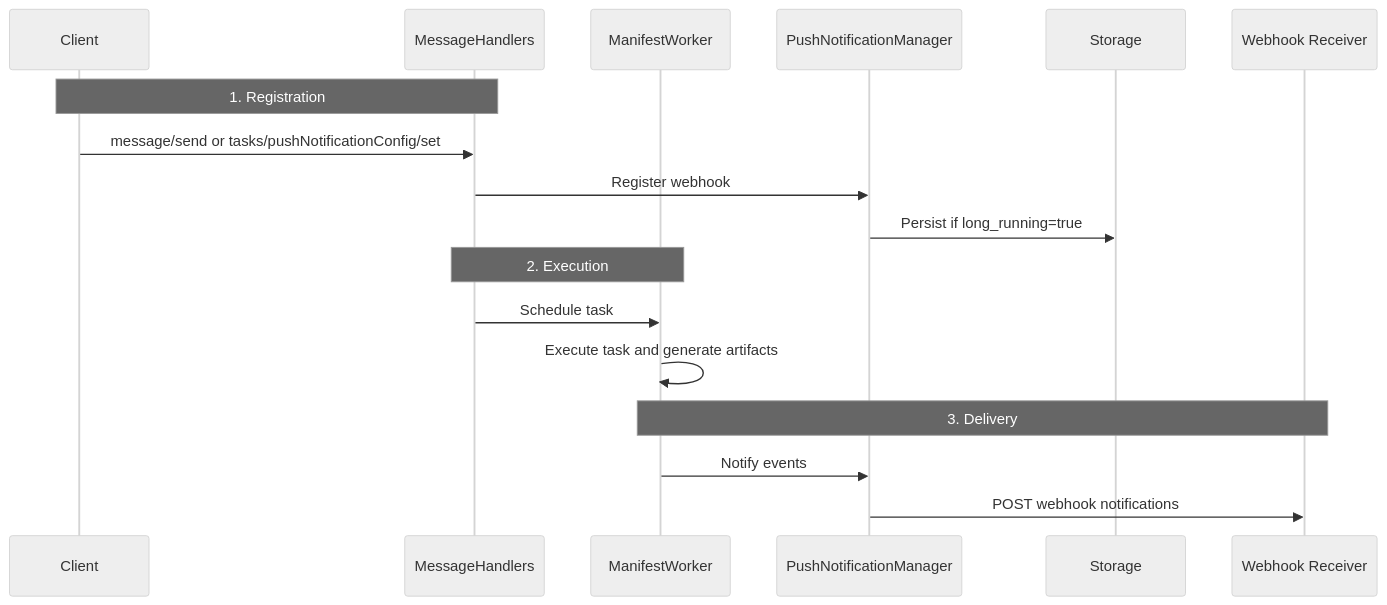
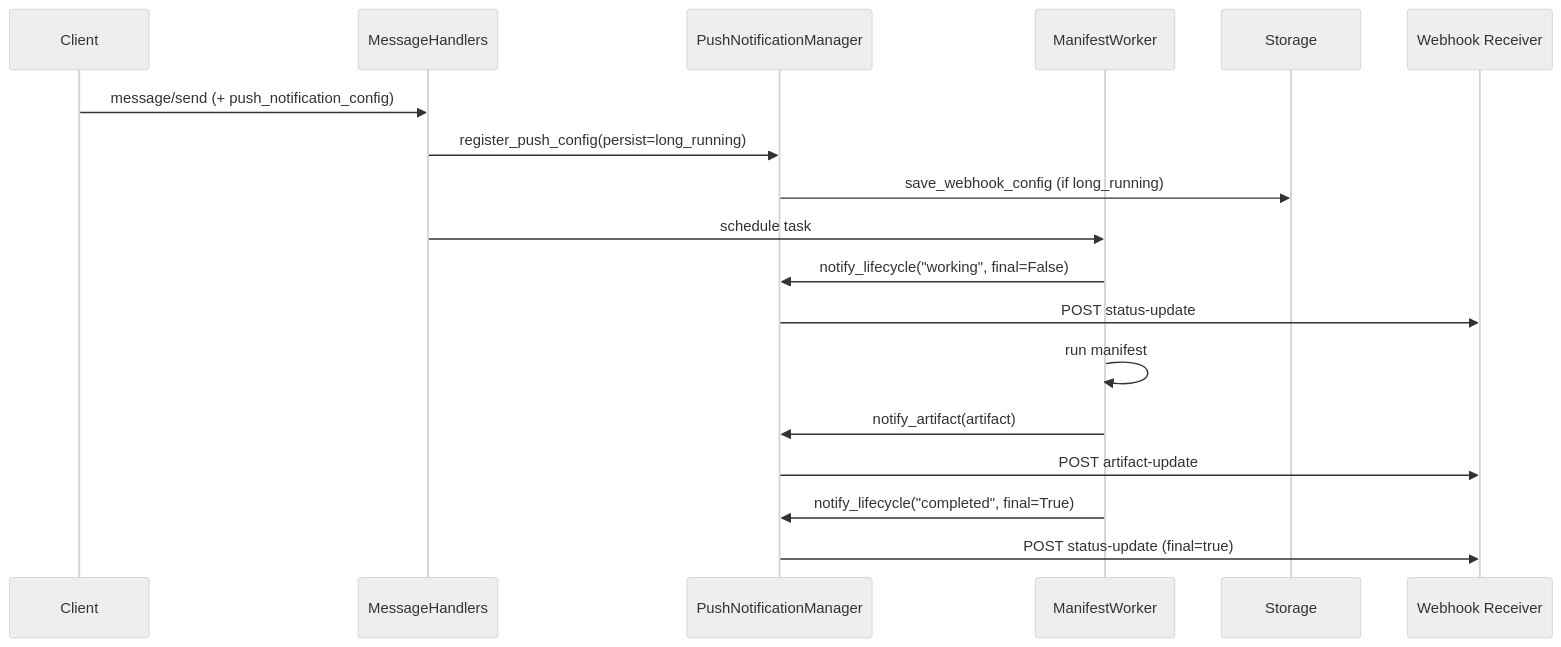
Before and after one commit to raahulrahl/docs: the diagram in bindu/learn/notification/overview.mdx, drawn with Mermaid (neutral theme). The commit also changed other lines of this file and 9 other files, not shown here.

````diff
--- a/bindu/learn/notification/overview.mdx
+++ b/bindu/learn/notification/overview.mdx
@@ -35,22 +58,24 @@
 ```mermaid
 sequenceDiagram
     participant Client
     participant Handlers as MessageHandlers
+    participant Push as PushNotificationManager
     participant Worker as ManifestWorker
-    participant Push as PushNotificationManager
     participant Storage
     participant Webhook as Webhook Receiver
 
-    Note over Client,Handlers: 1. Registration
-    Client->>Handlers: message/send or tasks/pushNotificationConfig/set
-    Handlers->>Push: Register webhook
-    Push->>Storage: Persist if long_running=true
+    Client->>Handlers: message/send (+ push_notification_config)
+    Handlers->>Push: register_push_config(persist=long_running)
+    Push->>Storage: save_webhook_config (if long_running)
+    Handlers->>Worker: schedule task
 
-    Note over Handlers,Worker: 2. Execution
-    Handlers->>Worker: Schedule task
-    Worker->>Worker: Execute task and generate artifacts
+    Worker->>Push: notify_lifecycle("working", final=False)
+    Push->>Webhook: POST status-update
 
-    Note over Worker,Webhook: 3. Delivery
-    Worker->>Push: Notify events
-    Push->>Webhook: POST webhook notifications
+    Worker->>Worker: run manifest
+
+    Worker->>Push: notify_artifact(artifact)
+    Push->>Webhook: POST artifact-update
+    Worker->>Push: notify_lifecycle("completed", final=True)
+    Push->>Webhook: POST status-update (final=true)
 ```
````
